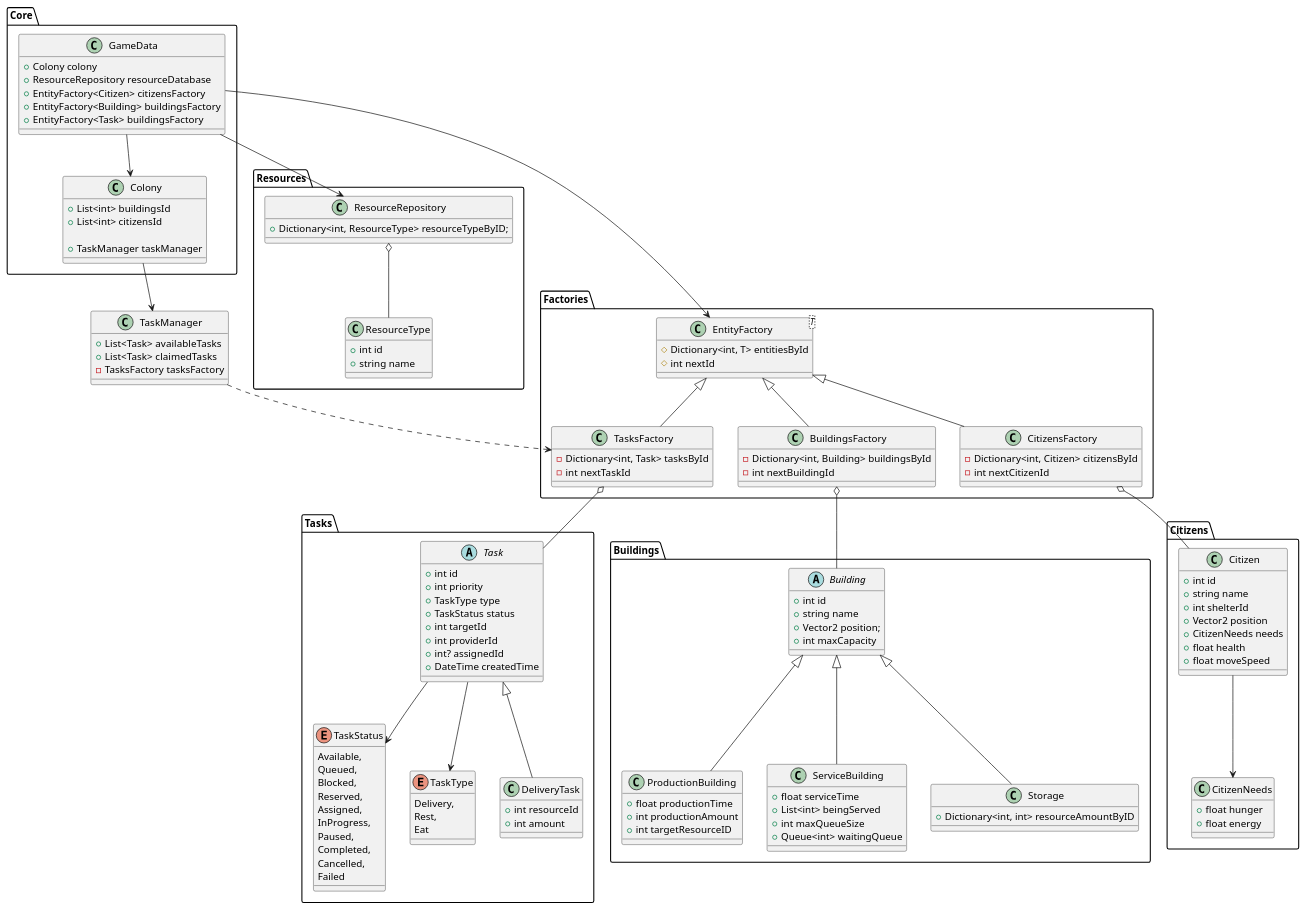
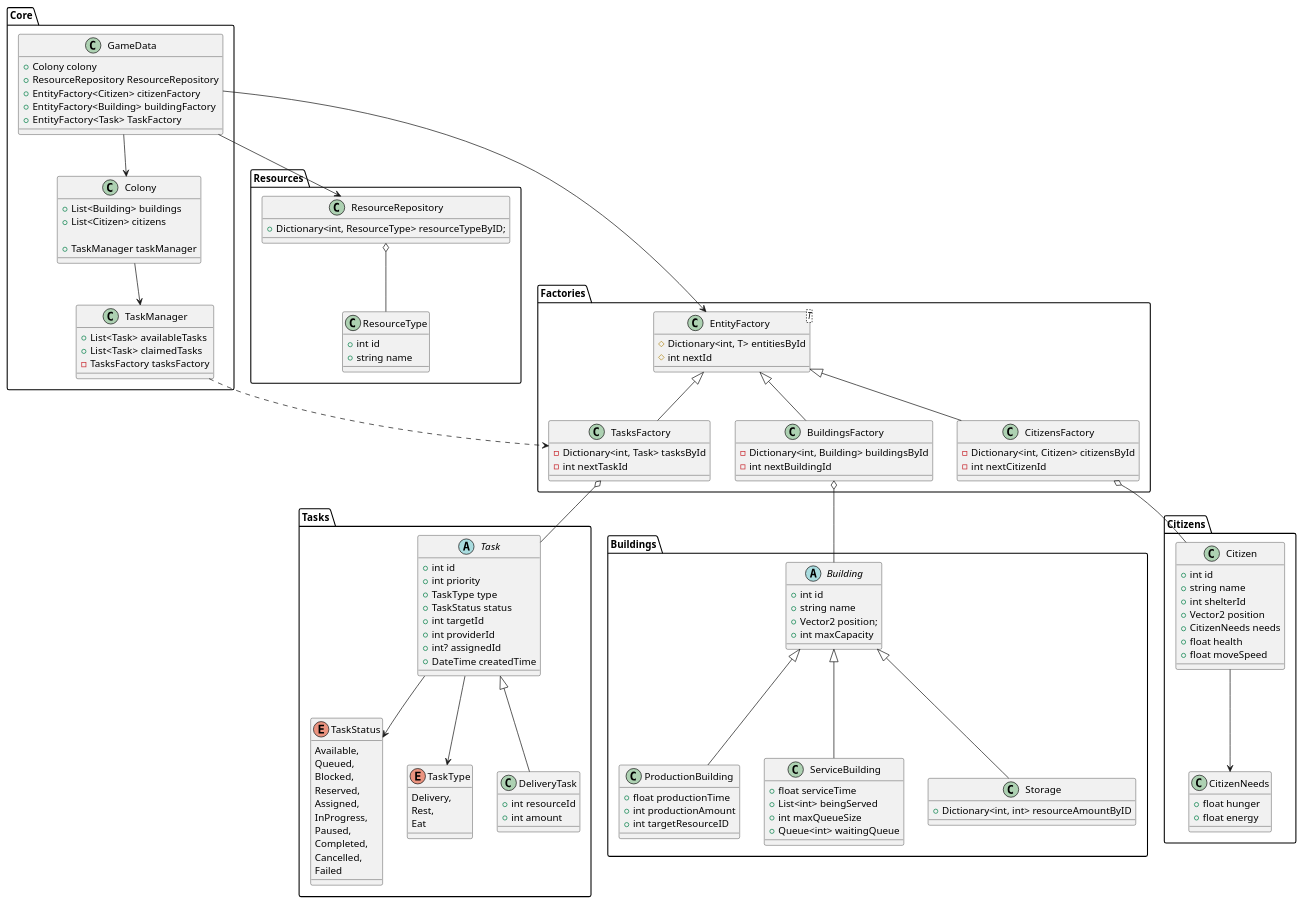
The diagram in Core.puml (minusrep/Pivo-UML), drawn with PlantUML before and after one commit.

Commit message:
refactor: rename fields

```diff
--- a/Core.puml
+++ b/Core.puml
@@ -1,193 +1,193 @@
 @startuml
 
 package "Core"
 {
     class GameData
     {
         +Colony colony
-        +ResourceRepository resourceDatabase
-        +EntityFactory<Citizen> citizensFactory
-        +EntityFactory<Building> buildingsFactory
-        +EntityFactory<Task> buildingsFactory
+        +ResourceRepository ResourceRepository
+        +EntityFactory<Citizen> citizenFactory
+        +EntityFactory<Building> buildingFactory
+        +EntityFactory<Task> TaskFactory
     }
     
     class Colony 
     {
-        +List<int> buildingsId
-        +List<int> citizensId
+        +List<Building> buildings
+        +List<Citizen> citizens
         
         +TaskManager taskManager
+    }
+    
+    class TaskManager
+    {
+        +List<Task> availableTasks
+        +List<Task> claimedTasks
+        -TasksFactory tasksFactory
     }
 }
 
 package "Factories"
 {
     class EntityFactory<T>
     {
         #Dictionary<int, T> entitiesById
         #int nextId
     } 
     
     class TasksFactory
     {
         -Dictionary<int, Task> tasksById
         -int nextTaskId
     }
     
     class BuildingsFactory
     {
         -Dictionary<int, Building> buildingsById
         -int nextBuildingId
     }
 
     class CitizensFactory
     {
         -Dictionary<int, Citizen> citizensById
         -int nextCitizenId
     }
     
     EntityFactory <|-- CitizensFactory
     EntityFactory <|-- BuildingsFactory
     EntityFactory <|-- TasksFactory
 }
 
 package "Buildings" 
 {
     abstract class Building
     {
         +int id
         +string name
         +Vector2 position;
         +int maxCapacity
     }
     
     class ProductionBuilding 
     {
         +float productionTime
         +int productionAmount
         +int targetResourceID
     }
     
     class ServiceBuilding
     {
         +float serviceTime
         +List<int> beingServed
         +int maxQueueSize
         +Queue<int> waitingQueue
     }
     
     class Storage
     {
         +Dictionary<int, int> resourceAmountByID
     }
     
     Building <|-- ProductionBuilding
     Building <|-- ServiceBuilding
     Building <|-- Storage
 }
 
 package "Resources" 
 {
     class ResourceType
     {
         +int id
         +string name
     }
     
     class ResourceRepository
     {
         +Dictionary<int, ResourceType> resourceTypeByID;
     }
     
     ResourceRepository o-- ResourceType
 }
 
-class TaskManager
-{
-    +List<Task> availableTasks
-    +List<Task> claimedTasks
-    -TasksFactory tasksFactory
-}
-
 package "Tasks"
 {
     abstract class Task
     {
         +int id
         +int priority
         +TaskType type
         +TaskStatus status
         +int targetId
         +int providerId
         +int? assignedId
         +DateTime createdTime
     }
     
     enum TaskStatus
     {
         Available,
         Queued,
         Blocked,
         Reserved,
         Assigned,
         InProgress,
         Paused,
         Completed,
         Cancelled,
         Failed
     }
     
     enum TaskType
     {
         Delivery,
         Rest,
         Eat
     }
     
     class DeliveryTask
     {
         +int resourceId
         +int amount
     }
     
     Task --> TaskStatus
     Task --> TaskType
     
     Task <|-- DeliveryTask
 }
 
 package "Citizens" 
 {
     class Citizen
     {
         +int id
         +string name
         +int shelterId
         +Vector2 position
         +CitizenNeeds needs
         +float health
         +float moveSpeed
     }
     
     class CitizenNeeds
     {
         +float hunger
         +float energy
     }
     
     Citizen --> CitizenNeeds
 }
 
 GameData --> Colony
 GameData --> ResourceRepository
 TaskManager ..> TasksFactory
 
 CitizensFactory o-- Citizen
 BuildingsFactory o-- Building
 TasksFactory o-- Task
 
 Colony --> TaskManager
 
 GameData --> EntityFactory
 
 @enduml
```
